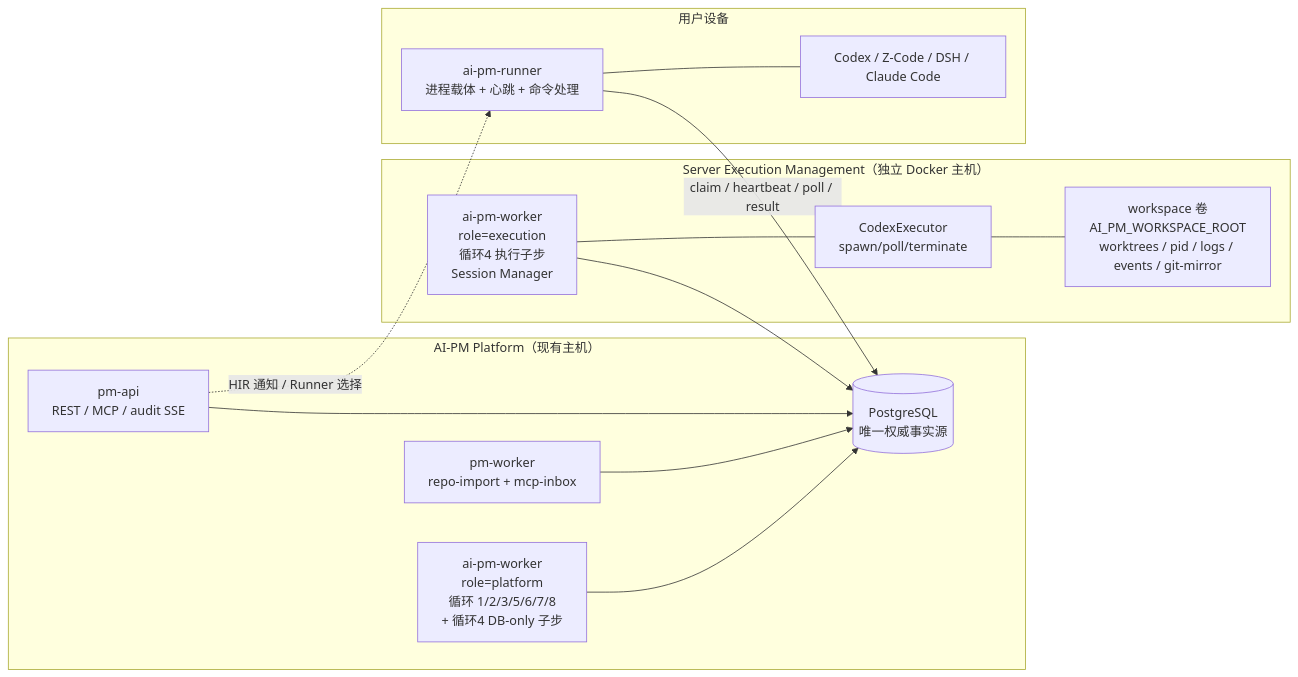
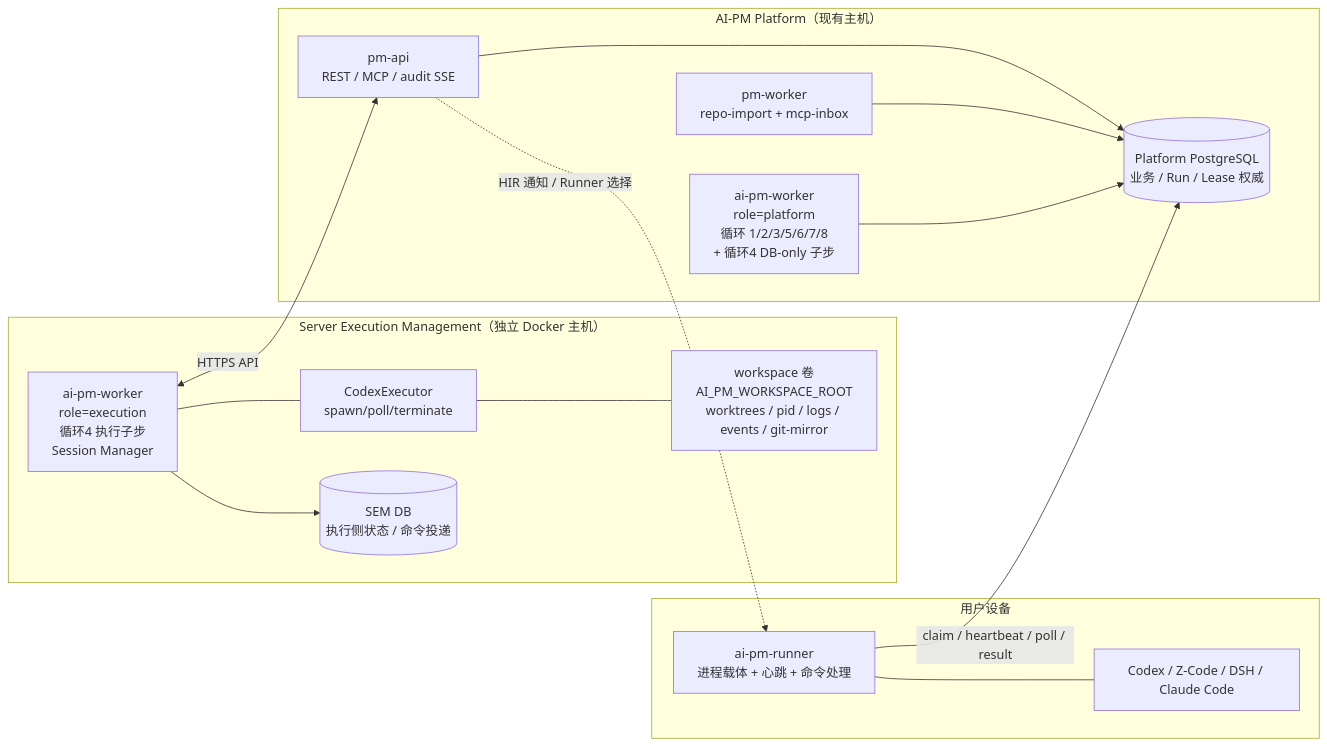
Before and after one commit to luqizheng/ai-pm: the diagram in docs/architecture/server-execution-management/README.md, drawn with Mermaid. The commit also changed other lines of this file, not shown here.

Commit message:
docs(sem): adopt Platform-SEM service API boundary

````diff
--- a/docs/architecture/server-execution-management/README.md
+++ b/docs/architecture/server-execution-management/README.md
@@ -23,26 +23,28 @@
 ```mermaid
 flowchart LR
     subgraph Platform["AI-PM Platform（现有主机）"]
         API[pm-api<br/>REST / MCP / audit SSE]
         PW[pm-worker<br/>repo-import + mcp-inbox]
         W[ai-pm-worker<br/>role=platform<br/>循环 1/2/3/5/6/7/8<br/>+ 循环4 DB-only 子步]
-        PG[(PostgreSQL<br/>唯一权威事实源)]
+        PG[(Platform PostgreSQL<br/>业务 / Run / Lease 权威)]
     end
     subgraph SEM["Server Execution Management（独立 Docker 主机）"]
         EW[ai-pm-worker<br/>role=execution<br/>循环4 执行子步<br/>Session Manager]
         EX[CodexExecutor<br/>spawn/poll/terminate]
+        SDB[(SEM DB<br/>执行侧状态 / 命令投递)]
         WS[workspace 卷<br/>AI_PM_WORKSPACE_ROOT<br/>worktrees / pid / logs / events / git-mirror]
     end
     subgraph Client["用户设备"]
         R[ai-pm-runner<br/>进程载体 + 心跳 + 命令处理]
         H1[Codex / Z-Code / DSH / Claude Code]
     end
     API --> PG
     PW --> PG
     W --> PG
-    EW --> PG
+    EW <-->|HTTPS API| API
+    EW --> SDB
     EW --- EX --- WS
     R --- H1
     R -->|claim / heartbeat / poll / result| PG
     API -.->|HIR 通知 / Runner 选择| R
 ```
````
